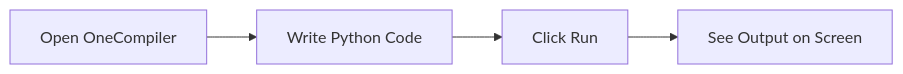
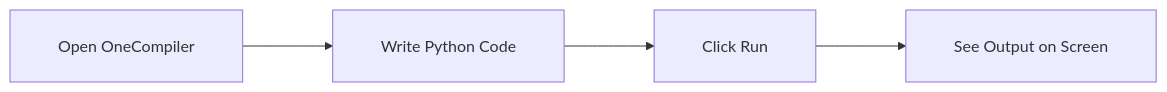
One commit to ABVenu/salcurriculum changed the fourth of 8 diagrams in SAL-2026/Python Basics - English/S01/NotesPresentation.md. Above: the diagram before and after it, drawn with Mermaid. The commit also changed other lines of this file and 820 other files, not shown here.

````diff
--- a/SAL-2026/Python Basics - English/S01/NotesPresentation.md
+++ b/SAL-2026/Python Basics - English/S01/NotesPresentation.md
@@ -167,6 +418,7 @@
 ```mermaid
+%%{init: {"flowchart": {"htmlLabels": false, "curve": "basis", "padding": 24, "nodeSpacing": 80, "rankSpacing": 90, "diagramPadding": 48}}}%%
 flowchart LR
-    A[Open OneCompiler] --> B[Write Python Code]
-    B --> C[Click Run]
-    C --> D[See Output on Screen]
+    A["  Open OneCompiler  "] --> B["  Write Python Code  "]
+    B --> C["  Click Run  "]
+    C --> D["  See Output on Screen  "]
 ```
````
